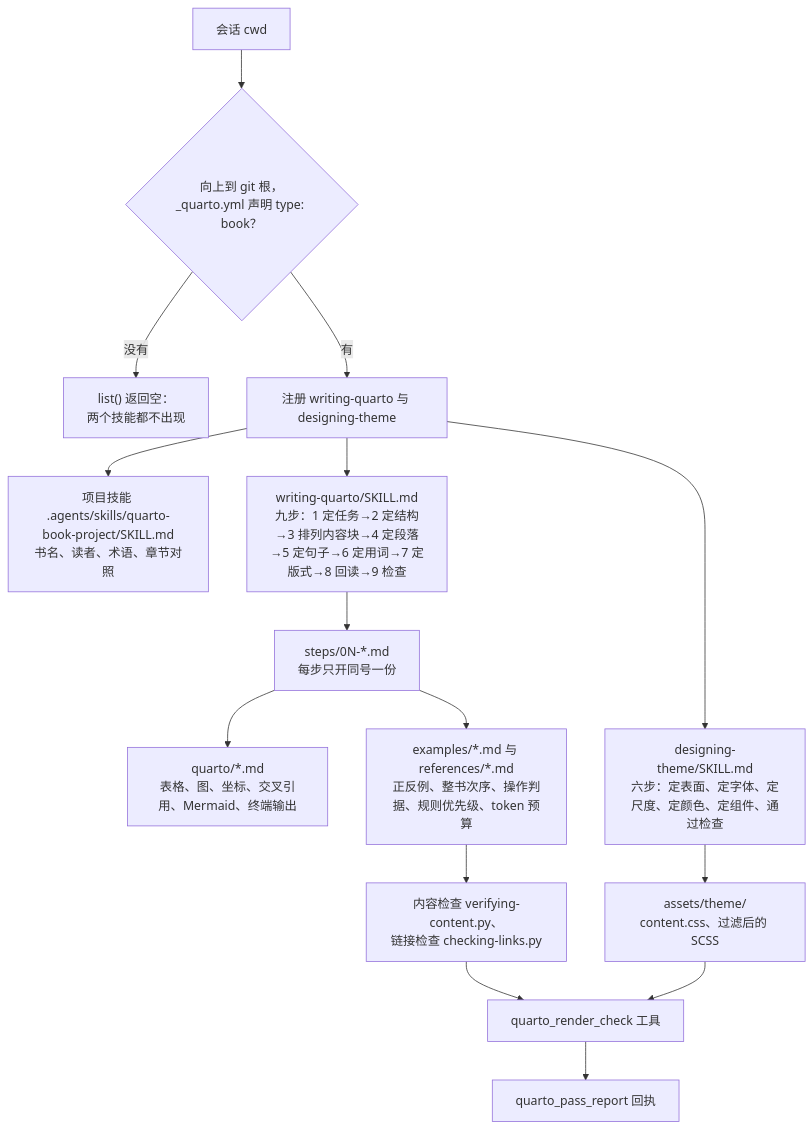
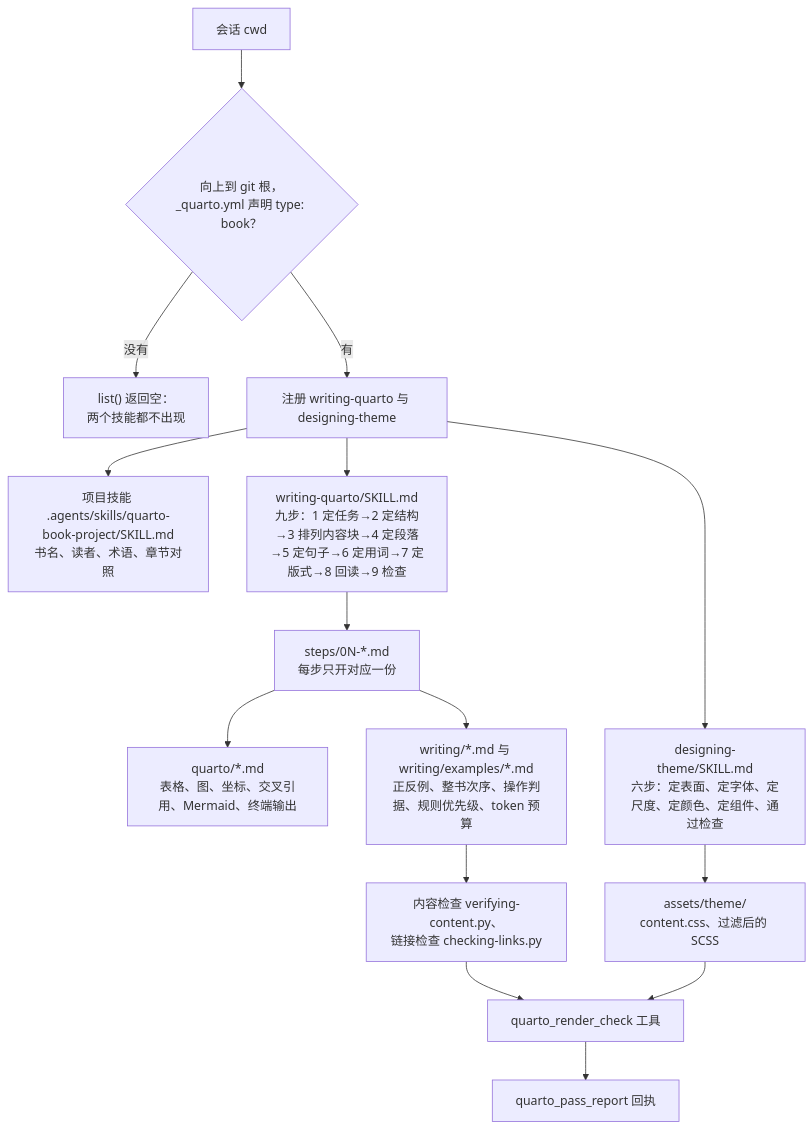
The diagram in docs/architecture.md (chengzhao-dev/dsh-quarto-book), drawn with Mermaid before and after one commit. The commit also changed other lines of this file and 39 other files, not shown here.

````diff
--- a/docs/architecture.md
+++ b/docs/architecture.md
@@ -7,17 +7,17 @@
 ```mermaid
 flowchart TD
     A["会话 cwd"] --> B{"向上到 git 根，<br/>_quarto.yml 声明 type: book？"}
     B -- 没有 --> C["list() 返回空：<br/>两个技能都不出现"]
     B -- 有 --> D["注册 writing-quarto 与 designing-theme"]
     D --> E["项目技能 .agents/skills/quarto-book-project/SKILL.md<br/>书名、读者、术语、章节对照"]
     D --> F["writing-quarto/SKILL.md<br/>九步：1 定任务→2 定结构→3 排列内容块→4 定段落→5 定句子→6 定用词→7 定版式→8 回读→9 检查"]
-    F --> G["steps/0N-*.md<br/>每步只开同号一份"]
+    F --> G["steps/0N-*.md<br/>每步只开对应一份"]
     G --> H["quarto/*.md<br/>表格、图、坐标、交叉引用、Mermaid、终端输出"]
-    G --> I["examples/*.md 与 references/*.md<br/>正反例、整书次序、操作判据、规则优先级、token 预算"]
+    G --> I["writing/*.md 与 writing/examples/*.md<br/>正反例、整书次序、操作判据、规则优先级、token 预算"]
     I --> J["内容检查 verifying-content.py、<br/>链接检查 checking-links.py"]
     D --> K["designing-theme/SKILL.md<br/>六步：定表面、定字体、定尺度、定颜色、定组件、通过检查"]
     K --> L["assets/theme/<br/>content.css、过滤后的 SCSS"]
     J --> M["quarto_render_check 工具"]
     L --> M
     M --> N["quarto_pass_report 回执"]
 ```
````
